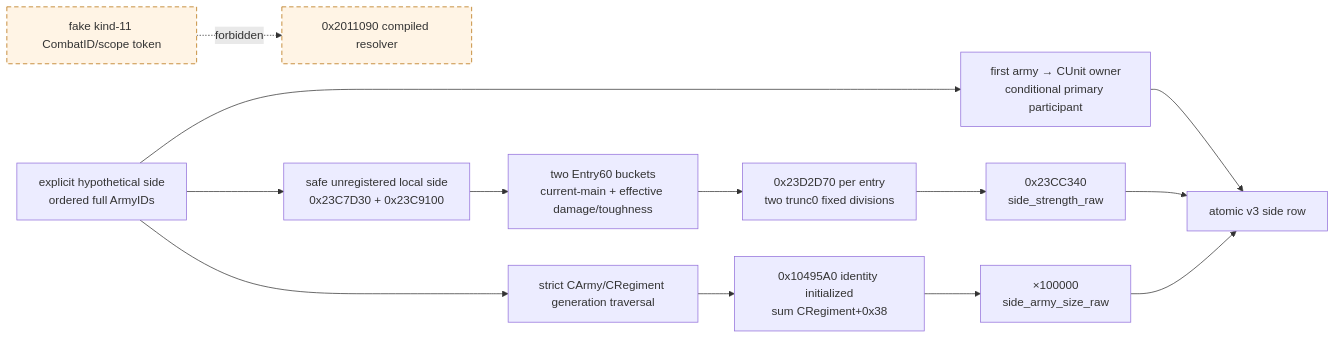
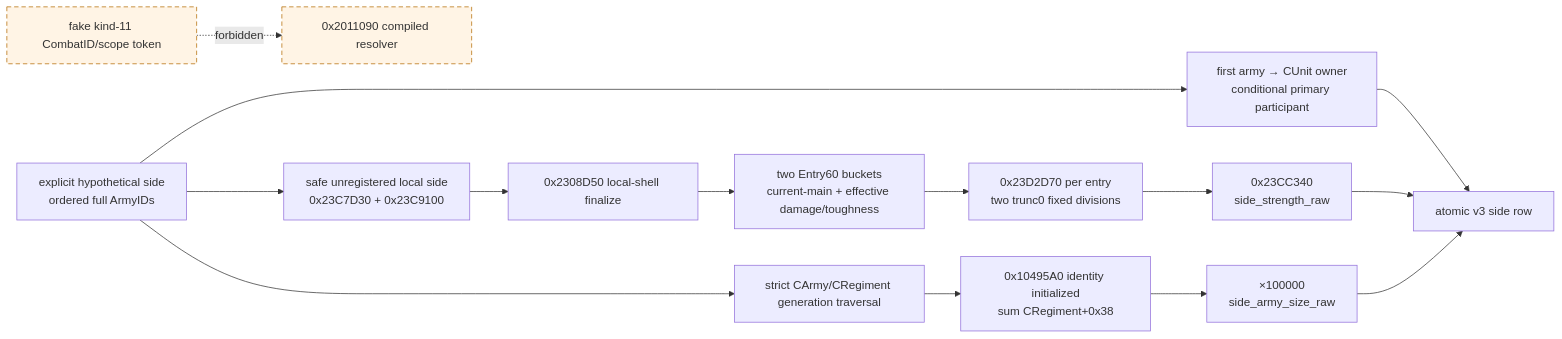
Before and after one commit to XenoAmess/ck3_eternal_recurrence: diagram 21 of 23 in docs/ck3-native-ai/combat-phase-events.md, drawn with Mermaid. The commit also changed other lines of this file and 54 other files, not shown here.

````diff
--- a/docs/ck3-native-ai/combat-phase-events.md
+++ b/docs/ck3-native-ai/combat-phase-events.md
@@ -2091,17 +2165,18 @@
 ```mermaid
 flowchart LR
     Q["explicit hypothetical side<br/>ordered full ArmyIDs"] --> P["first army → CUnit owner<br/>conditional primary participant"]
     Q --> B["safe unregistered local side<br/>0x23C7D30 + 0x23C9100"]
-    B --> E["two Entry60 buckets<br/>current-main + effective damage/toughness"]
+    B --> FZ["0x2308D50 local-shell finalize"]
+    FZ --> E["two Entry60 buckets<br/>current-main + effective damage/toughness"]
     E --> H["0x23D2D70 per entry<br/>two trunc0 fixed divisions"]
     H --> S["0x23CC340<br/>side_strength_raw"]
     Q --> A["strict CArmy/CRegiment generation traversal"]
     A --> I["0x10495A0 identity initialized<br/>sum CRegiment+0x38"]
     I --> Z["×100000<br/>side_army_size_raw"]
     F["fake kind-11 CombatID/scope token"] -. "forbidden" .-> X["0x2011090 compiled resolver"]
     P --> O["atomic v3 side row"]
     S --> O
     Z --> O
     classDef forbidden stroke-dasharray: 6 4,fill:#fff4e5,stroke:#b36b00;
     class F,X forbidden;
 ```
````
